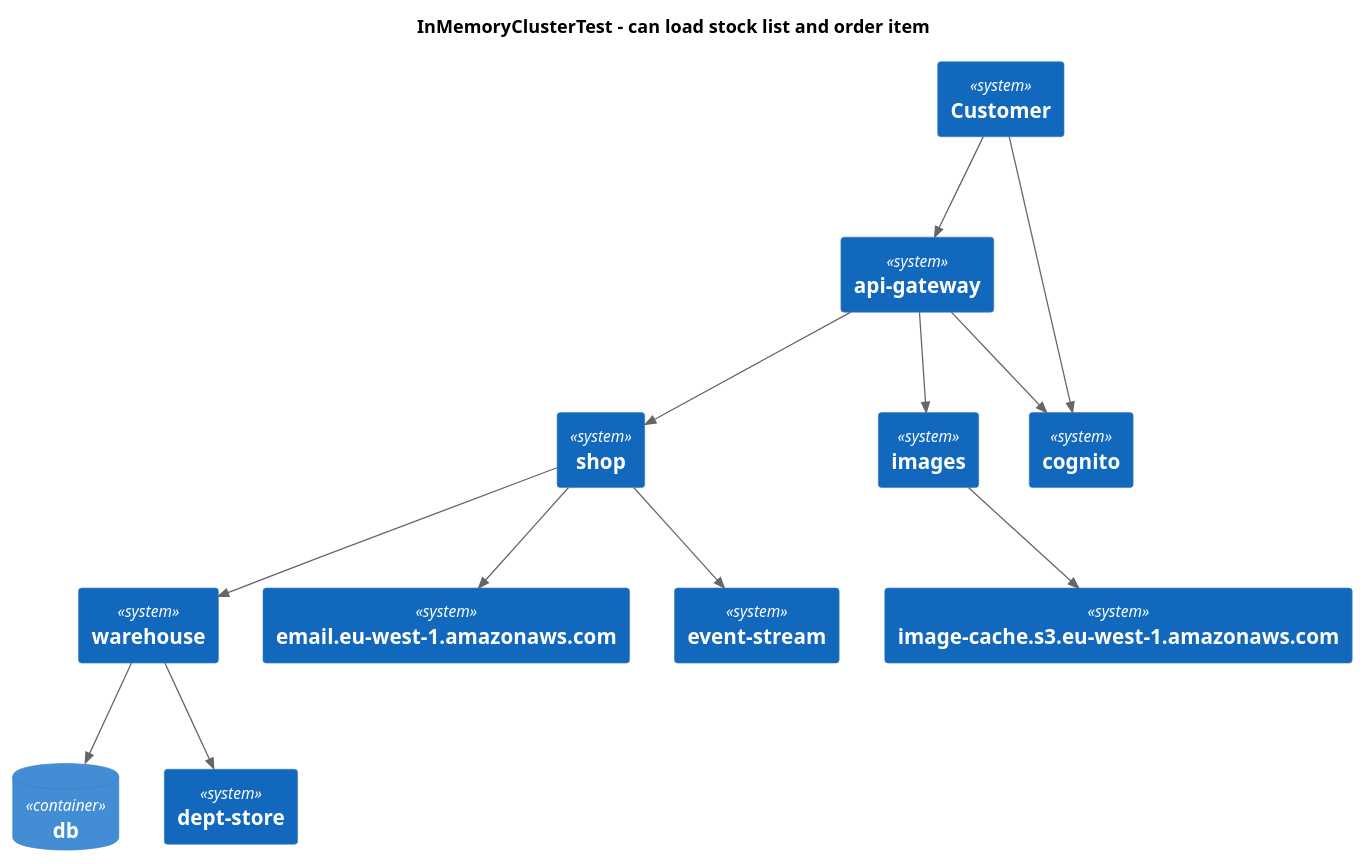
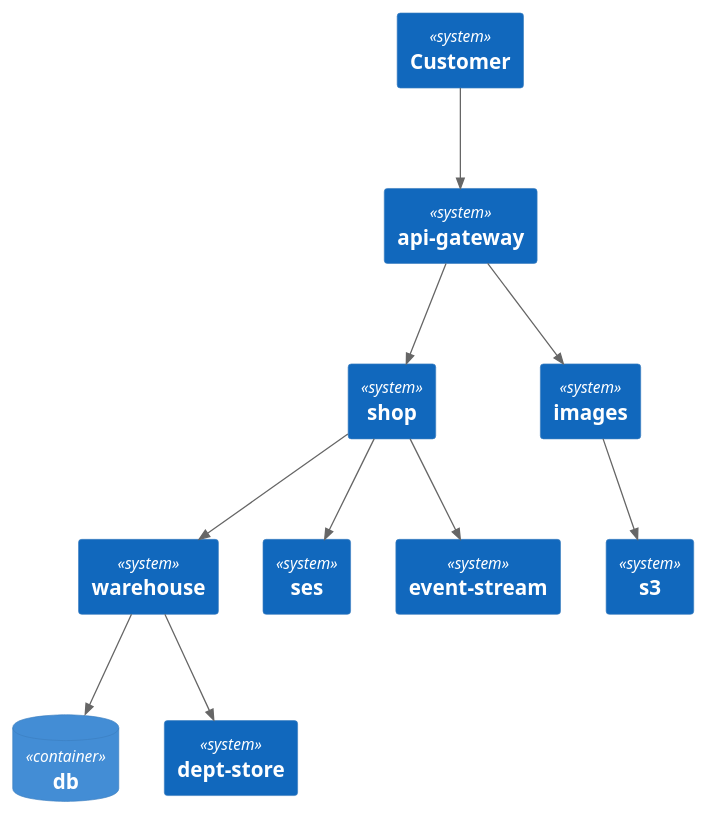
Before and after one commit to http4k/exploring-the-testing-hyperpyramid: the diagram in .presentation/.generated/InMemoryClusterTest - can load stock list and order item - Interactions.puml, drawn with PlantUML.

Commit message:
update diagrams for failing test

```diff
--- a/.presentation/.generated/InMemoryClusterTest - can load stock list and order item - Interactions.puml
+++ b/.presentation/.generated/InMemoryClusterTest - can load stock list and order item - Interactions.puml
@@ -1,29 +1,25 @@
 @startuml
-title InMemoryClusterTest - can load stock list and order item
 
 !include https://raw.githubusercontent.com/plantuml-stdlib/C4-PlantUML/master/C4_Container.puml
 
 
 System(customer, "Customer")
 System(apigateway, "api-gateway")
 System(shop, "shop")
 System(warehouse, "warehouse")
 System(images, "images")
-System(cognito, "cognito")
 ContainerDb(db, "db")
-System(imagecaches3euwest1amazonawscom, "image-cache.s3.eu-west-1.amazonaws.com")
+System(imagecaches3euwest1amazonawscom, "s3")
 System(deptstore, "dept-store")
-System(emaileuwest1amazonawscom, "email.eu-west-1.amazonaws.com")
+System(emaileuwest1amazonawscom, "ses")
 System(eventstream, "event-stream")    
 Rel_D(customer, apigateway, " ")
-Rel_D(customer, cognito, " ")
-Rel_D(apigateway, cognito, " ") 
 Rel_D(apigateway, shop, " ")
 Rel_D(shop, warehouse, " ")
 Rel_D(warehouse, db, " ") 
 Rel_D(apigateway, images, " ") 
 Rel_D(images, imagecaches3euwest1amazonawscom, " ") 
 Rel_D(warehouse, deptstore, " ") 
 Rel_D(shop, emaileuwest1amazonawscom, " ")
 Rel_D(shop, eventstream, " ")
 @enduml
```
